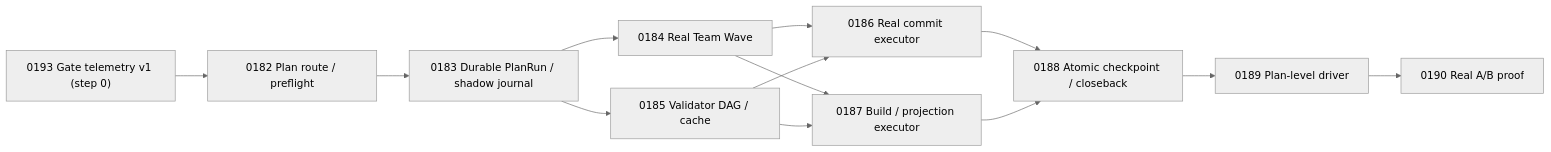
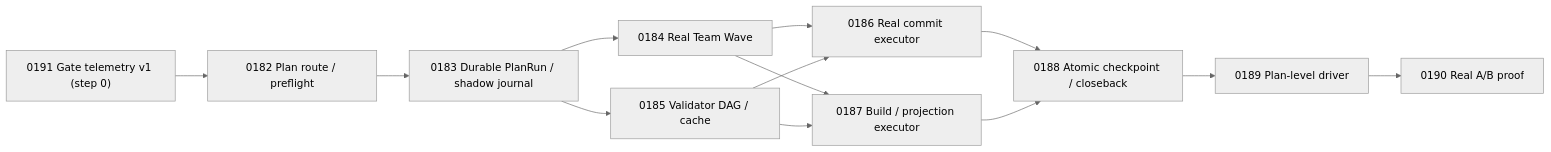
One commit to eaglhuang/3klife changed the diagram in docs/ai_atomic_framework/governance-optimization/end-to-end-auto-batch-performance-plan-v2.md. Above: the diagram before and after it, drawn with Mermaid (neutral theme). The commit also changed other lines of this file, not shown here.

First line of the commit message:
docs(atm): renumber gate telemetry card 0193 -> 0191 after ERR/TMP reclass

````diff
--- a/docs/ai_atomic_framework/governance-optimization/end-to-end-auto-batch-performance-plan-v2.md
+++ b/docs/ai_atomic_framework/governance-optimization/end-to-end-auto-batch-performance-plan-v2.md
@@ -407,15 +407,15 @@
 ```mermaid
 flowchart LR
-  Z["0193 Gate telemetry v1 (step 0)"] --> A["0182 Plan route / preflight"]
+  Z["0191 Gate telemetry v1 (step 0)"] --> A["0182 Plan route / preflight"]
   A --> B["0183 Durable PlanRun / shadow journal"]
   B --> C["0184 Real Team Wave"]
   B --> D["0185 Validator DAG / cache"]
   C --> E["0186 Real commit executor"]
   D --> E
   C --> F["0187 Build / projection executor"]
   D --> F
   E --> G["0188 Atomic checkpoint / closeback"]
   F --> G
   G --> H["0189 Plan-level driver"]
   H --> I["0190 Real A/B proof"]
 ```
````
